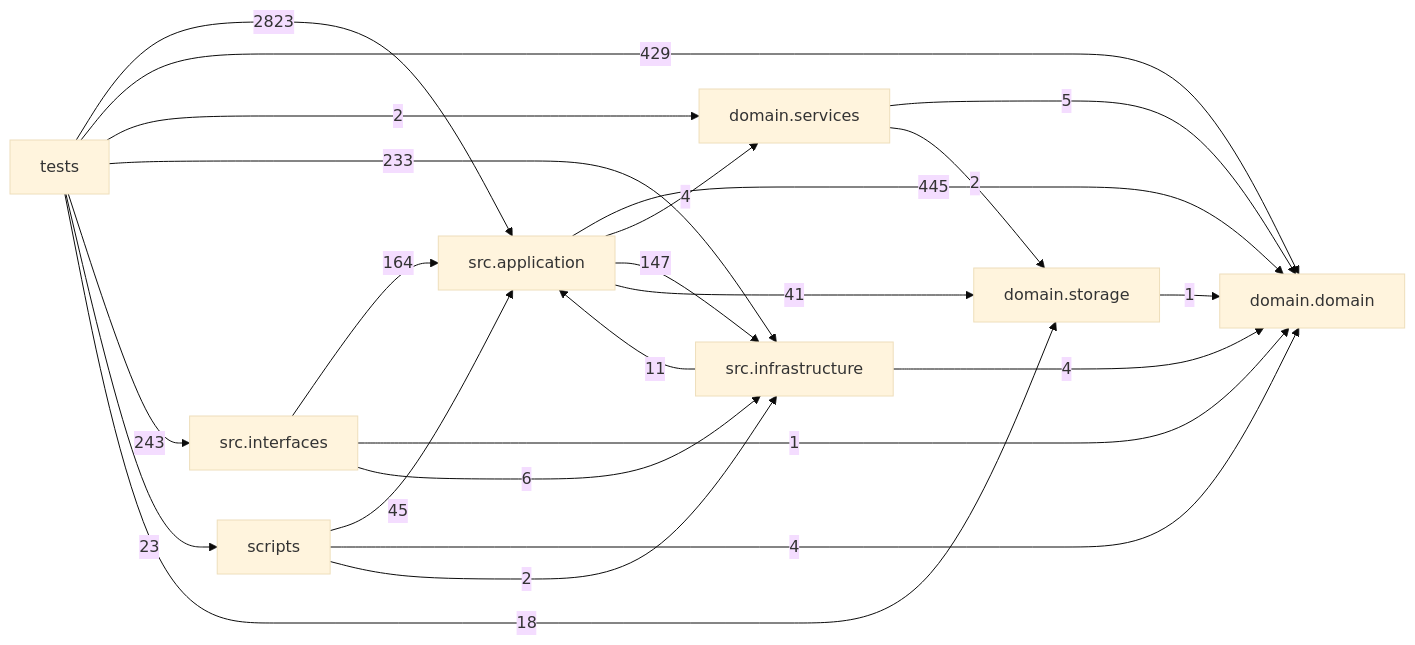
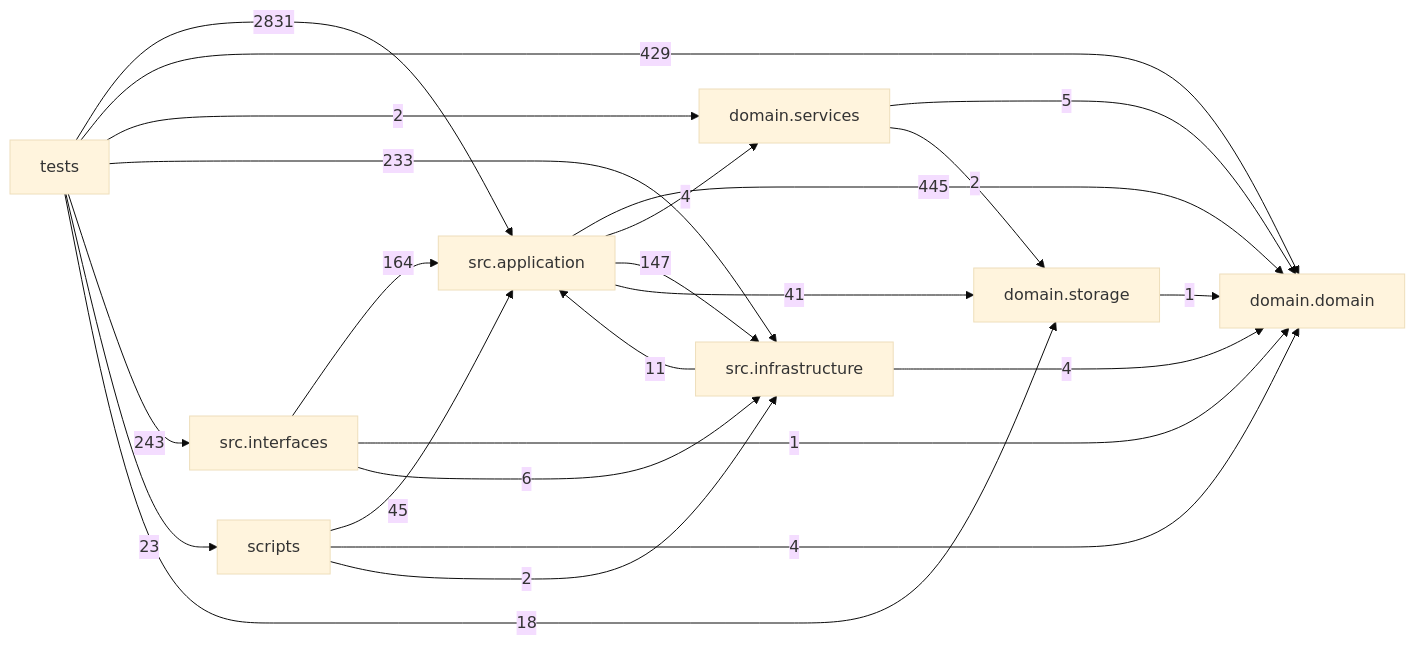
Before and after one commit to liuxie066/options-monitor: the diagram in docs/DEPENDENCY_GRAPH.md, drawn with Mermaid (base theme). The commit also changed other lines of this file and 7 other files, not shown here.

````diff
--- a/docs/DEPENDENCY_GRAPH.md
+++ b/docs/DEPENDENCY_GRAPH.md
@@ -24,33 +24,33 @@
 ```mermaid
 flowchart LR
   tests["tests"]
   scripts["scripts"]
   interfaces["src.interfaces"]
   application["src.application"]
   infrastructure["src.infrastructure"]
   domain_services["domain.services"]
   domain["domain.domain"]
   storage["domain.storage"]
   application -->|445| domain
   application -->|4| domain_services
   application -->|147| infrastructure
   application -->|41| storage
   domain_services -->|5| domain
   domain_services -->|2| storage
   infrastructure -->|11| application
   infrastructure -->|4| domain
   interfaces -->|164| application
   interfaces -->|1| domain
   interfaces -->|6| infrastructure
   scripts -->|45| application
   scripts -->|4| domain
   scripts -->|2| infrastructure
   storage -->|1| domain
-  tests -->|2823| application
+  tests -->|2831| application
   tests -->|429| domain
   tests -->|2| domain_services
   tests -->|233| infrastructure
   tests -->|243| interfaces
   tests -->|23| scripts
   tests -->|18| storage
 ```
````
